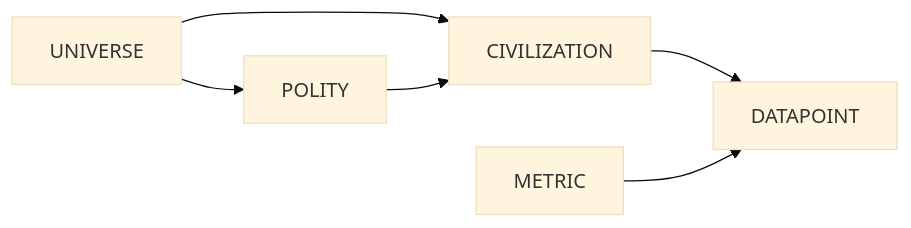
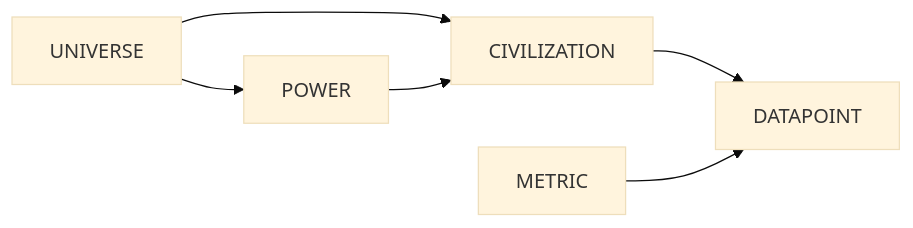
The second of 2 diagrams in CLAUDE.md (wolfspelz/futr), drawn with Mermaid (base theme) before and after one commit. The commit also changed other lines of this file and 63 other files, not shown here.

Commit message:
rename Polity to Power: code, _powers folders, power: yaml key, docs

````diff
--- a/CLAUDE.md
+++ b/CLAUDE.md
@@ -56,14 +56,14 @@
 ```mermaid
 graph LR
     UNIVERSE
-    POLITY
+    POWER
     CIVILIZATION
     METRIC
     DATAPOINT
 
     UNIVERSE --> CIVILIZATION
-    UNIVERSE --> POLITY
-    POLITY --> CIVILIZATION
+    UNIVERSE --> POWER
+    POWER --> CIVILIZATION
     CIVILIZATION --> DATAPOINT
     METRIC --> DATAPOINT
 ```
````
